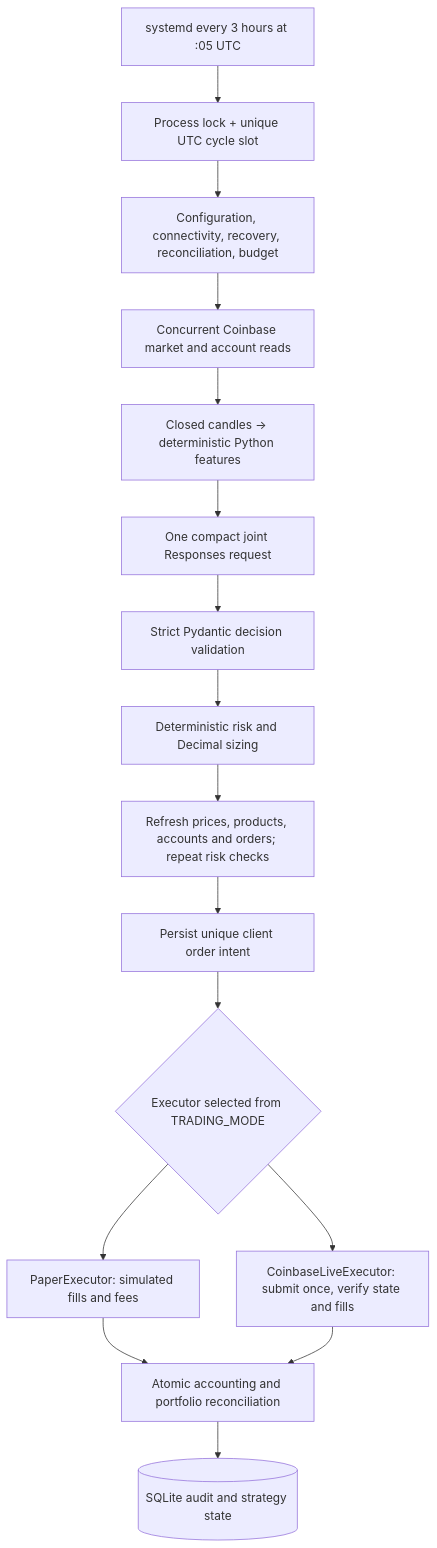
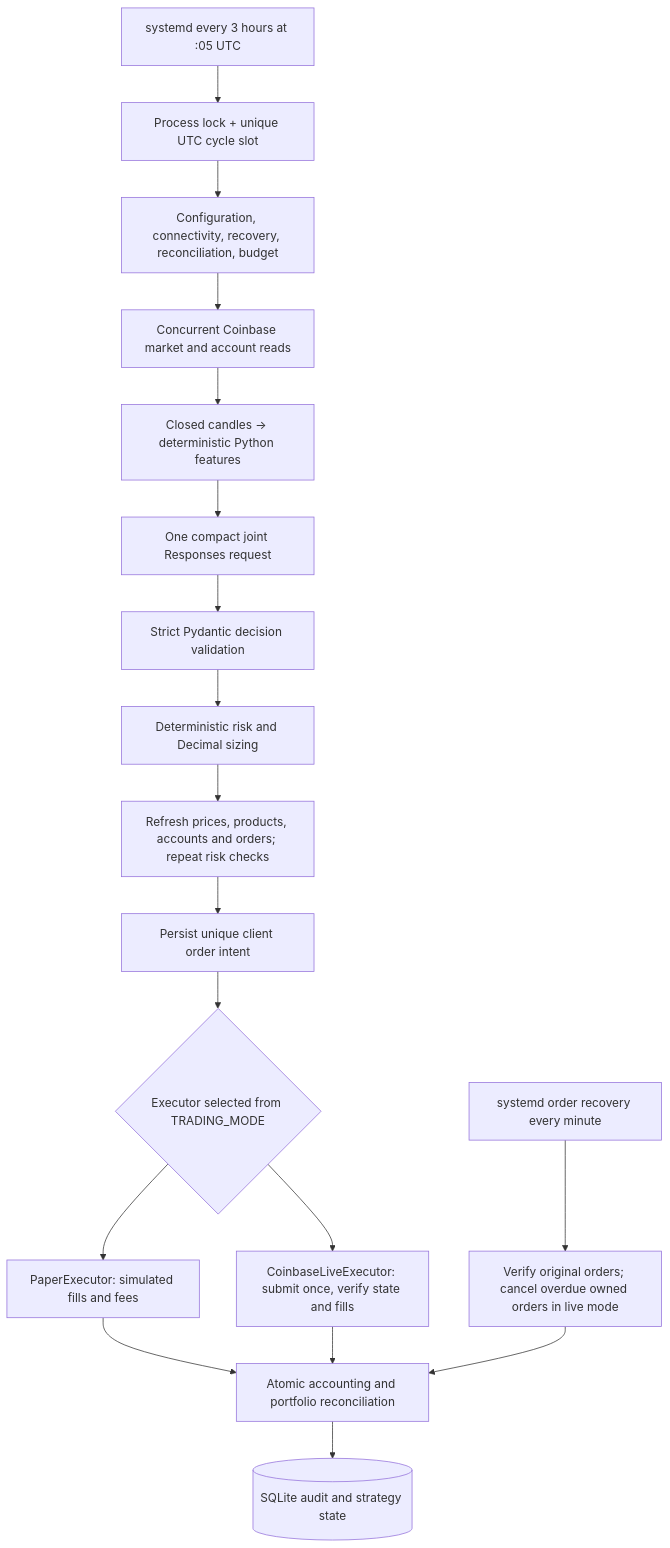
One commit to WhoStoleMyBrain/trade-me-away changed the diagram in README.md. Above: the diagram before and after it, drawn with Mermaid. The commit also changed other lines of this file and 17 other files, not shown here.

First line of the commit message:
fix: recover overdue orders without duplicates

````diff
--- a/README.md
+++ b/README.md
@@ -17,18 +17,20 @@
 ```mermaid
 flowchart TD
     Timer[systemd every 3 hours at :05 UTC] --> Lock[Process lock + unique UTC cycle slot]
     Lock --> Startup[Configuration, connectivity, recovery, reconciliation, budget]
     Startup --> Data[Concurrent Coinbase market and account reads]
     Data --> Features[Closed candles → deterministic Python features]
     Features --> Model[One compact joint Responses request]
     Model --> Schema[Strict Pydantic decision validation]
     Schema --> Risk[Deterministic risk and Decimal sizing]
     Risk --> Refresh[Refresh prices, products, accounts and orders; repeat risk checks]
     Refresh --> Intent[Persist unique client order intent]
     Intent --> Executor{Executor selected from TRADING_MODE}
     Executor --> Paper[PaperExecutor: simulated fills and fees]
     Executor --> Live[CoinbaseLiveExecutor: submit once, verify state and fills]
     Paper --> Ledger[Atomic accounting and portfolio reconciliation]
     Live --> Ledger
     Ledger --> DB[(SQLite audit and strategy state)]
+    Watch[systemd order recovery every minute] --> Recover[Verify original orders; cancel overdue owned orders in live mode]
+    Recover --> Ledger
 ```
````
